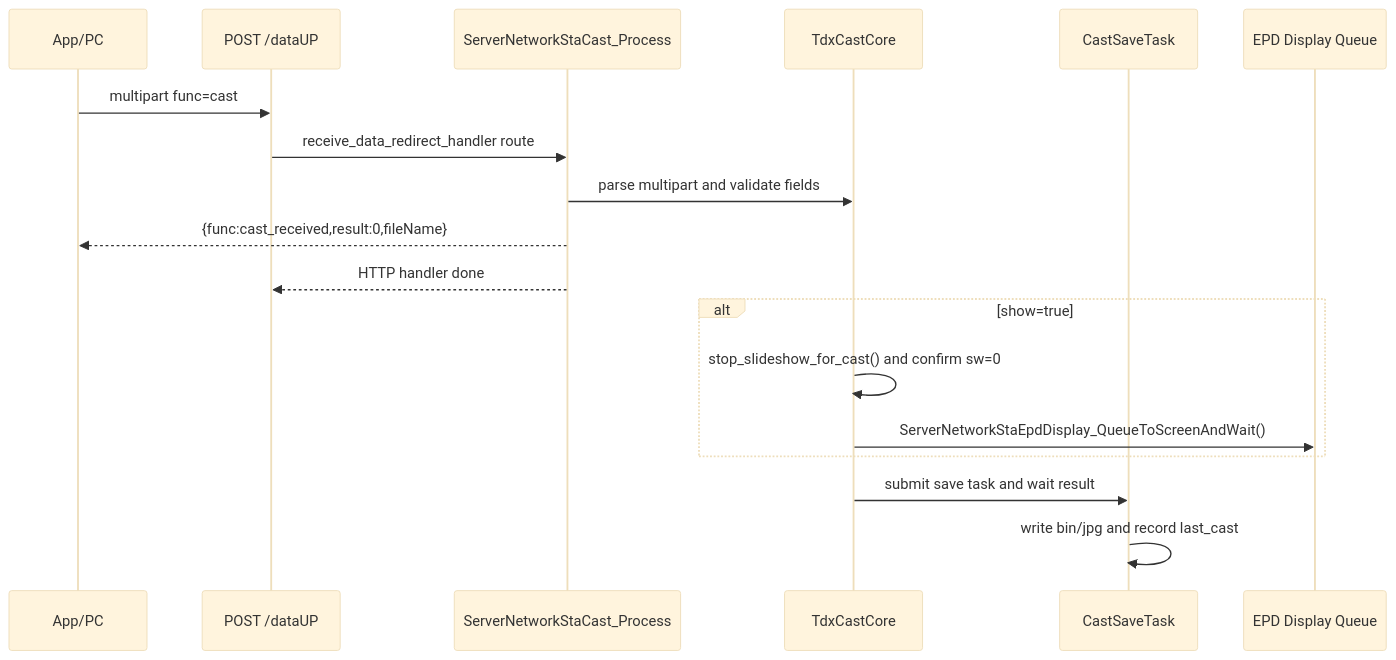
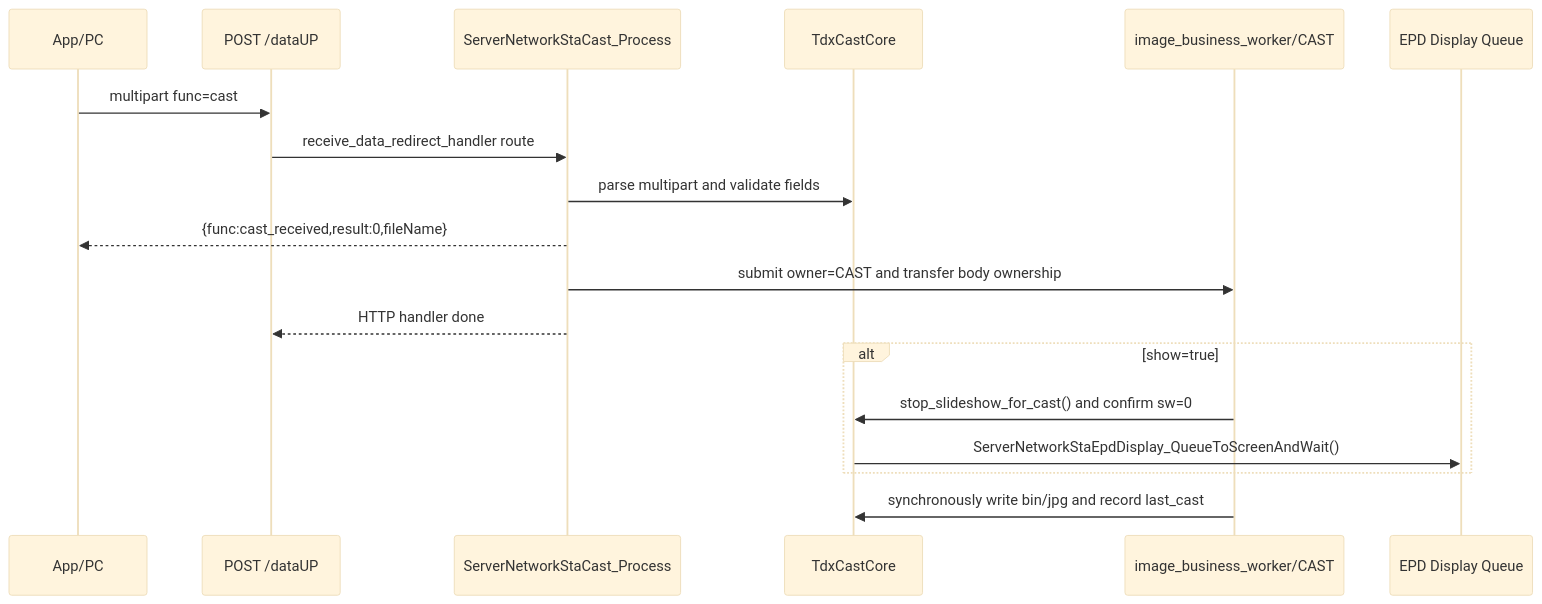
Before and after one commit to tdxguiping/ESP32_S3_epaper: the sixth of 25 diagrams in README_Fun.md, drawn with Mermaid (base theme). The commit also changed other lines of this file and 92 other files, not shown here.

````diff
--- a/README_Fun.md
+++ b/README_Fun.md
@@ -786,20 +816,20 @@
 ```mermaid
 sequenceDiagram
     participant APP as App/PC
     participant DATAUP as POST /dataUP
     participant CAST as ServerNetworkStaCast_Process
     participant CORE as TdxCastCore
-    participant SAVE as CastSaveTask
+    participant WORKER as image_business_worker/CAST
     participant EPD as EPD Display Queue
     APP->>DATAUP: multipart func=cast
     DATAUP->>CAST: receive_data_redirect_handler route
     CAST->>CORE: parse multipart and validate fields
     CAST-->>APP: {func:cast_received,result:0,fileName}
+    CAST->>WORKER: submit owner=CAST and transfer body ownership
     CAST-->>DATAUP: HTTP handler done
     alt show=true
-        CORE->>CORE: stop_slideshow_for_cast() and confirm sw=0
+        WORKER->>CORE: stop_slideshow_for_cast() and confirm sw=0
         CORE->>EPD: ServerNetworkStaEpdDisplay_QueueToScreenAndWait()
     end
-    CORE->>SAVE: submit save task and wait result
-    SAVE->>SAVE: write bin/jpg and record last_cast
+    WORKER->>CORE: synchronously write bin/jpg and record last_cast
 ```
````
